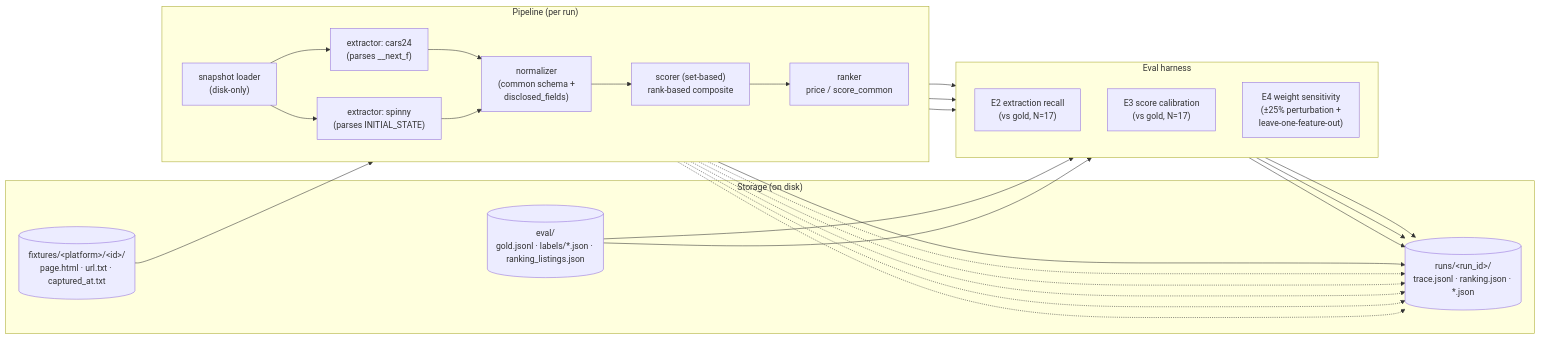
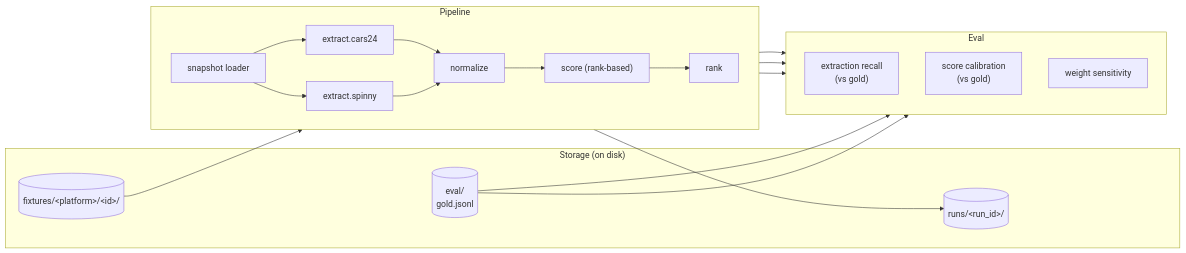
The diagram in docs/technical_appendix.md (HimanshuMittal01/cars24-spinny-intel), drawn with Mermaid before and after one commit. The commit also changed other lines of this file and 1 other file, not shown here.

Commit message:
docs: simplify mermaid + drop E-prefix + add extraction code pointer + trim README to ~500 words
Appendix:
- Mermaid: dropped 6 dotted trace arrows + 3 eval->trace arrows; replaced
  with caption note. 21 arrows -> 13. Cleaner read.
- §1: pointer to src/ci/extract/{cars24,spinny}.py + scripts/run_pipeline.py
  (no standalone extraction CLI — extraction is a step inside the pipeline).
- E-prefix dropped throughout: 'E2 — Extraction quality' -> 'Extraction
  recall', 'E3 — Score calibration' -> 'Score calibration', etc. Was odd
  with no E1 or E5.
- §9 reproducibility: 55 tests -> 51 (post LLM/E5 removal).

README:
- Trimmed to ~500 words. Dropped the 'Why ranks vs thresholds' paragraph
  (implicit elsewhere). Tightened caveats and further-reading bullets.

````diff
--- a/docs/technical_appendix.md
+++ b/docs/technical_appendix.md
@@ -13,49 +13,40 @@
 ```mermaid
 flowchart LR
     subgraph Storage["Storage (on disk)"]
-        FIX[("fixtures/&lt;platform&gt;/&lt;id&gt;/<br/>page.html · url.txt · captured_at.txt")]
-        TRACE[("runs/&lt;run_id&gt;/<br/>trace.jsonl · ranking.json · *.json")]
-        GOLD[("eval/<br/>gold.jsonl · labels/*.json · ranking_listings.json")]
+        FIX[("fixtures/&lt;platform&gt;/&lt;id&gt;/")]
+        GOLD[("eval/<br/>gold.jsonl")]
+        OUT[("runs/&lt;run_id&gt;/")]
     end
 
-    subgraph Pipeline["Pipeline (per run)"]
+    subgraph Pipeline["Pipeline"]
         direction LR
-        SL["snapshot loader<br/>(disk-only)"]
-        EC["extractor: cars24<br/>(parses __next_f)"]
-        ES["extractor: spinny<br/>(parses INITIAL_STATE)"]
-        NORM["normalizer<br/>(common schema +<br/>disclosed_fields)"]
-        SCORE["scorer (set-based)<br/>rank-based composite"]
-        RANK["ranker<br/>price / score_common"]
+        SL["snapshot loader"]
+        EC["extract.cars24"]
+        ES["extract.spinny"]
+        NORM["normalize"]
+        SCORE["score (rank-based)"]
+        RANK["rank"]
     end
 
-    subgraph Eval["Eval harness"]
+    subgraph Eval["Eval"]
         direction TB
-        E2["E2 extraction recall<br/>(vs gold, N=17)"]
-        E3["E3 score calibration<br/>(vs gold, N=17)"]
-        E4["E4 weight sensitivity<br/>(±25% perturbation +<br/>leave-one-feature-out)"]
+        EX["extraction recall<br/>(vs gold)"]
+        CAL["score calibration<br/>(vs gold)"]
+        SENS["weight sensitivity"]
     end
 
     FIX --> SL
     SL --> EC
     SL --> ES
     EC --> NORM
     ES --> NORM
     NORM --> SCORE
     SCORE --> RANK
-    RANK --> TRACE
+    RANK --> OUT
 
-    SL -.-> TRACE
-    EC -.-> TRACE
-    ES -.-> TRACE
-    NORM -.-> TRACE
-    SCORE -.-> TRACE
-
-    GOLD --> E2
-    GOLD --> E3
-    NORM --> E2
-    SCORE --> E3
-    NORM --> E4
-    E2 --> TRACE
-    E3 --> TRACE
-    E4 --> TRACE
+    NORM --> EX
+    SCORE --> CAL
+    NORM --> SENS
+    GOLD --> EX
+    GOLD --> CAL
 ```
````
